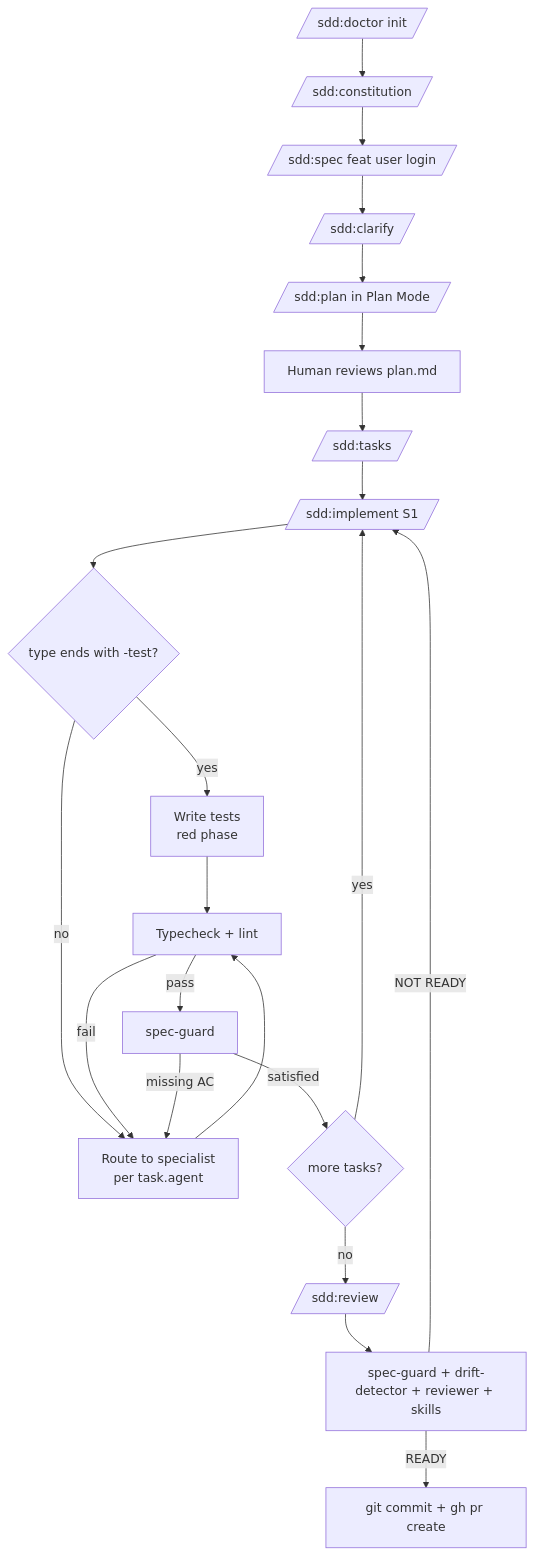
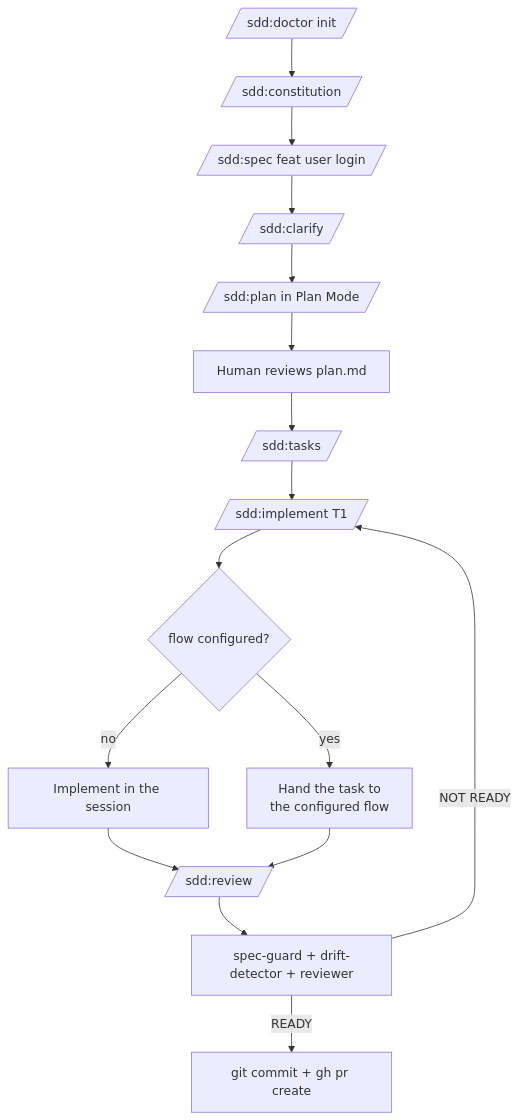
The diagram in README.md (JanSzewczyk/spec-driven-development), drawn with Mermaid before and after one commit. The commit also changed other lines of this file and 6 other files, not shown here.

Commit message:
docs(sdd): describe the task hand-off model in README, CLAUDE.md, CONTRIBUTING and manifests

````diff
--- a/README.md
+++ b/README.md
@@ -189,24 +189,18 @@
 ```mermaid
 flowchart TD
     A[/sdd:doctor init/] --> B[/sdd:constitution/]
     B --> C[/sdd:spec feat user login/]
     C --> D[/sdd:clarify/]
     D --> E[/sdd:plan in Plan Mode/]
     E --> F[Human reviews plan.md]
     F --> G[/sdd:tasks/]
-    G --> H[/sdd:implement S1/]
-    H --> I{type ends with -test?}
-    I -->|yes| J[Write tests<br/>red phase]
-    I -->|no| K[Route to specialist<br/>per task.agent]
-    J --> L[Typecheck + lint]
-    K --> L
-    L -->|fail| K
-    L -->|pass| M[spec-guard]
-    M -->|missing AC| K
-    M -->|satisfied| N{more tasks?}
-    N -->|yes| H
-    N -->|no| O[/sdd:review/]
-    O --> P[spec-guard + drift-detector + reviewer + skills]
+    G --> H[/sdd:implement T1/]
+    H --> I{flow configured?}
+    I -->|yes| K[Hand the task to<br/>the configured flow]
+    I -->|no| J[Implement in the session]
+    J --> M[/sdd:review/]
+    K --> M
+    M --> P[spec-guard + drift-detector + reviewer]
     P -->|READY| Q[git commit + gh pr create]
     P -->|NOT READY| H
 ```
````
